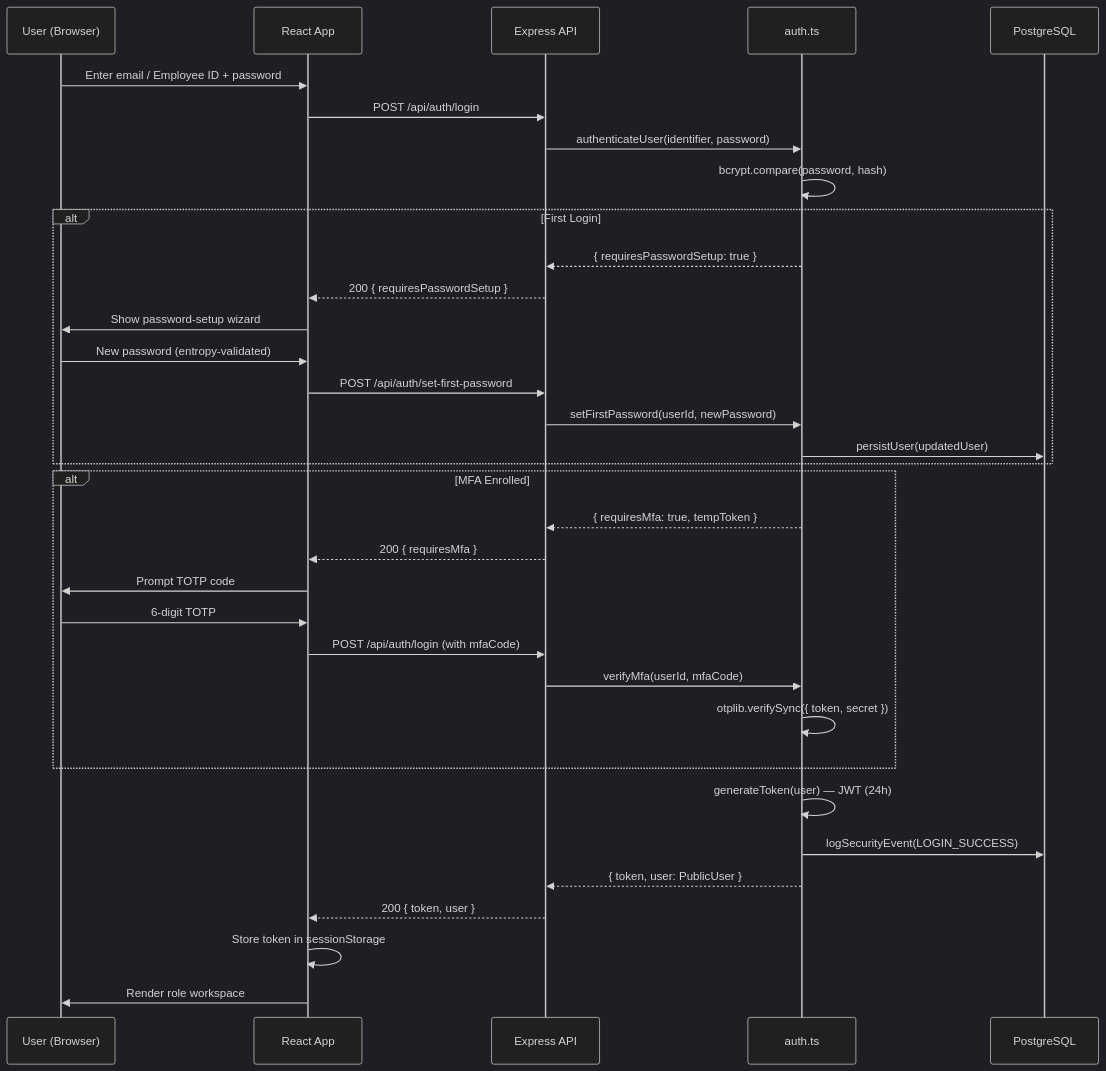
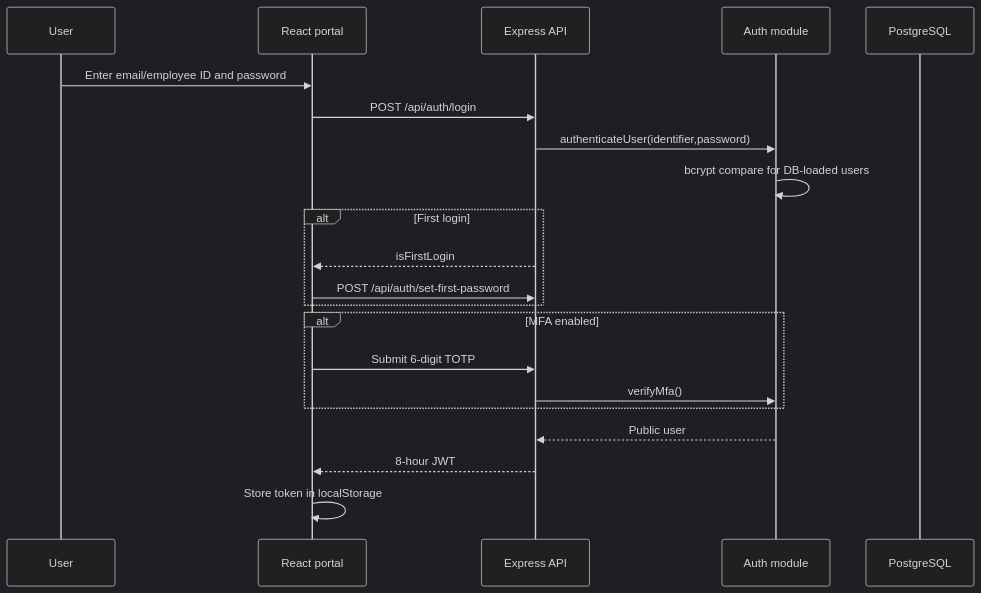
Before and after one commit to sibbsagentmathonsi-hash/NPRT630: the second of 5 diagrams in Code/README.md, drawn with Mermaid (dark theme). The commit also changed other lines of this file and 77 other files, not shown here.

````diff
--- a/Code/README.md
+++ b/Code/README.md
@@ -137,37 +130,23 @@
 ```mermaid
 sequenceDiagram
-    participant U as User (Browser)
-    participant FE as React App
+    participant U as User
+    participant FE as React portal
     participant API as Express API
-    participant AUTH as auth.ts
+    participant AUTH as Auth module
     participant DB as PostgreSQL
-
-    U->>FE: Enter email / Employee ID + password
+    U->>FE: Enter email/employee ID and password
     FE->>API: POST /api/auth/login
-    API->>AUTH: authenticateUser(identifier, password)
-    AUTH->>AUTH: bcrypt.compare(password, hash)
-    alt First Login
-        AUTH-->>API: { requiresPasswordSetup: true }
-        API-->>FE: 200 { requiresPasswordSetup }
-        FE->>U: Show password-setup wizard
-        U->>FE: New password (entropy-validated)
+    API->>AUTH: authenticateUser(identifier,password)
+    AUTH->>AUTH: bcrypt compare for DB-loaded users
+    alt First login
+           API-->>FE: isFirstLogin
         FE->>API: POST /api/auth/set-first-password
-        API->>AUTH: setFirstPassword(userId, newPassword)
-        AUTH->>DB: persistUser(updatedUser)
     end
-    alt MFA Enrolled
-        AUTH-->>API: { requiresMfa: true, tempToken }
-        API-->>FE: 200 { requiresMfa }
-        FE->>U: Prompt TOTP code
-        U->>FE: 6-digit TOTP
-        FE->>API: POST /api/auth/login (with mfaCode)
-        API->>AUTH: verifyMfa(userId, mfaCode)
-        AUTH->>AUTH: otplib.verifySync({ token, secret })
+    alt MFA enabled
+        FE->>API: Submit 6-digit TOTP
+        API->>AUTH: verifyMfa()
     end
-    AUTH->>AUTH: generateToken(user) — JWT (24h)
-    AUTH->>DB: logSecurityEvent(LOGIN_SUCCESS)
-    AUTH-->>API: { token, user: PublicUser }
-    API-->>FE: 200 { token, user }
-    FE->>FE: Store token in sessionStorage
-    FE->>U: Render role workspace
+    AUTH-->>API: Public user
+    API-->>FE: 8-hour JWT
+    FE->>FE: Store token in localStorage
 ```
````
